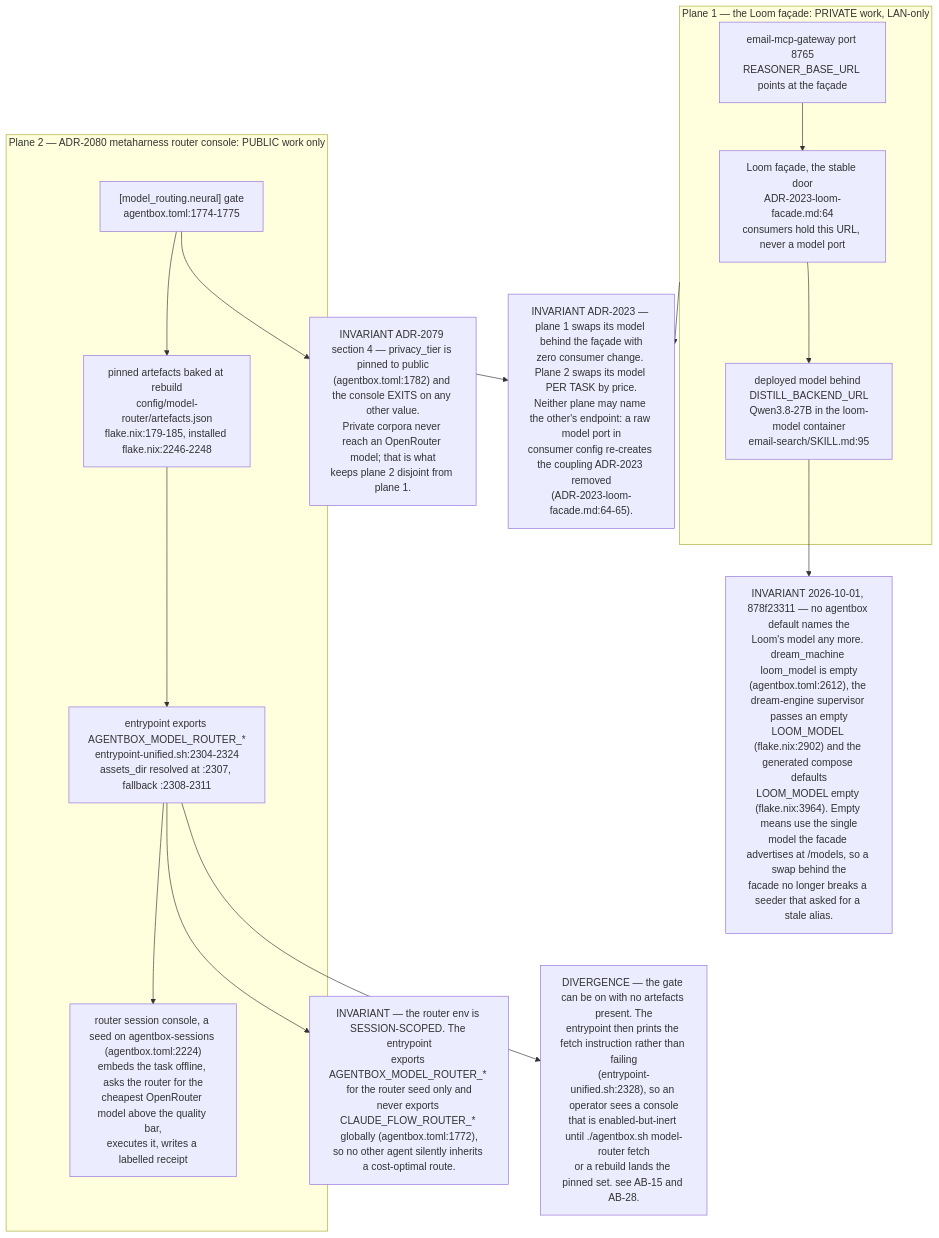
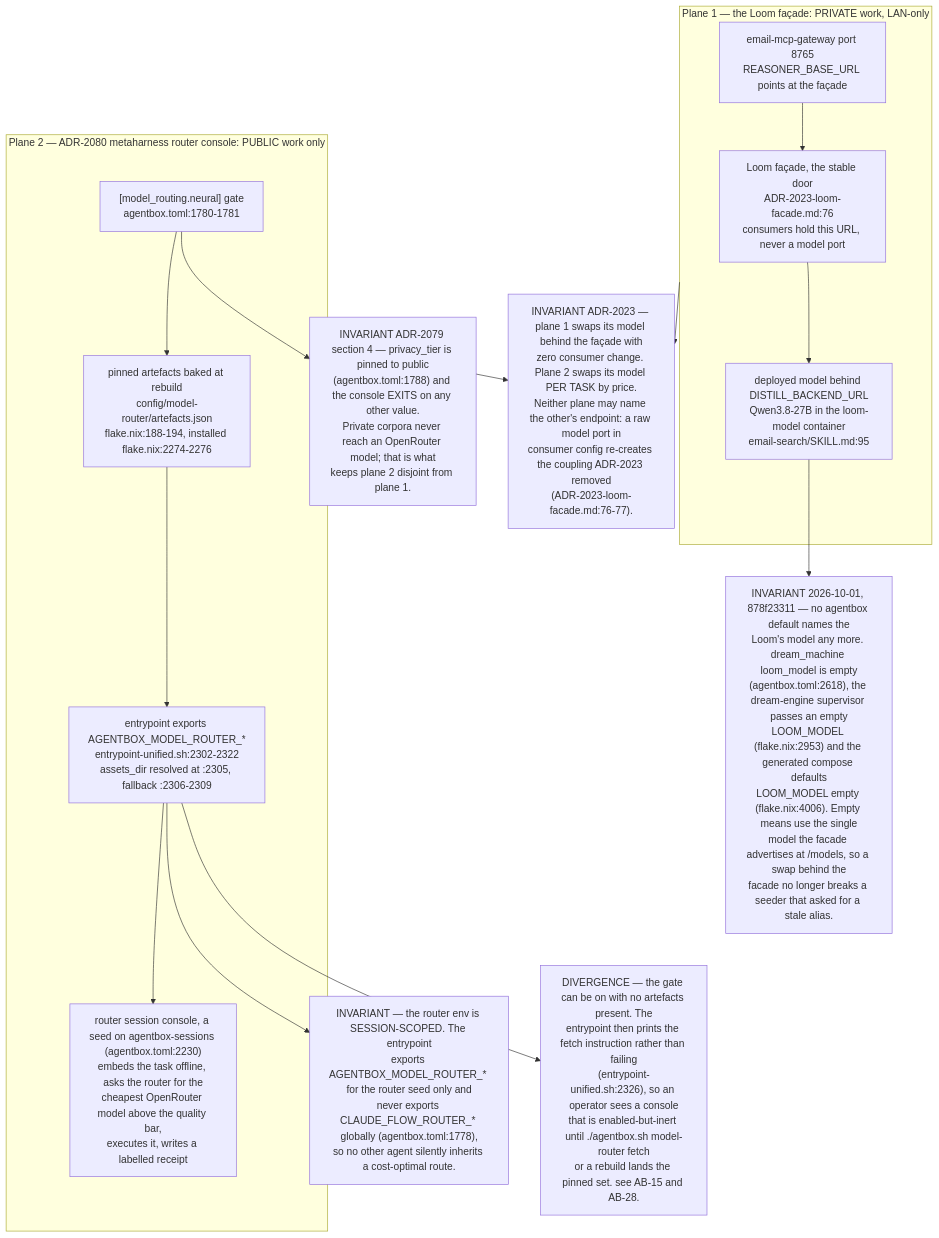
One commit to DreamLab-AI/VisionFlow changed the tenth of 11 diagrams in docs/diagrams/estate/06-loom-and-email-privacy-path.md. Above: the diagram before and after it, drawn with Mermaid. The commit also changed other lines of this file and 154 other files, not shown here.

First line of the commit message:
docs(diagrams): re-stamp 154 topics whose every citation still reads the same text at the current heads

````diff
--- a/docs/diagrams/estate/06-loom-and-email-privacy-path.md
+++ b/docs/diagrams/estate/06-loom-and-email-privacy-path.md
@@ -356,31 +356,31 @@
 ```mermaid
 flowchart TB
     subgraph PRIV["Plane 1 — the Loom façade: PRIVATE work, LAN-only"]
-        FAC["Loom façade, the stable door<br/>ADR-2023-loom-facade.md:64<br/>consumers hold this URL, never a model port"]
+        FAC["Loom façade, the stable door<br/>ADR-2023-loom-facade.md:76<br/>consumers hold this URL, never a model port"]
         MDL["deployed model behind DISTILL_BACKEND_URL<br/>Qwen3.8-27B in the loom-model container<br/>email-search/SKILL.md:95"]
         MAIL["email-mcp-gateway port 8765<br/>REASONER_BASE_URL points at the façade"]
         FAC --> MDL
         MAIL --> FAC
     end
 
     subgraph PUB["Plane 2 — ADR-2080 metaharness router console: PUBLIC work only"]
-        GATE["[model_routing.neural] gate<br/>agentbox.toml:1774-1775"]
-        ART["pinned artefacts baked at rebuild<br/>config/model-router/artefacts.json<br/>flake.nix:179-185, installed flake.nix:2246-2248"]
-        ENV["entrypoint exports AGENTBOX_MODEL_ROUTER_*<br/>entrypoint-unified.sh:2304-2324<br/>assets_dir resolved at :2307, fallback :2308-2311"]
-        CON["router session console, a seed on agentbox-sessions (agentbox.toml:2224)<br/>embeds the task offline, asks the router for the<br/>cheapest OpenRouter model above the quality bar,<br/>executes it, writes a labelled receipt"]
+        GATE["[model_routing.neural] gate<br/>agentbox.toml:1780-1781"]
+        ART["pinned artefacts baked at rebuild<br/>config/model-router/artefacts.json<br/>flake.nix:188-194, installed flake.nix:2274-2276"]
+        ENV["entrypoint exports AGENTBOX_MODEL_ROUTER_*<br/>entrypoint-unified.sh:2302-2322<br/>assets_dir resolved at :2305, fallback :2306-2309"]
+        CON["router session console, a seed on agentbox-sessions (agentbox.toml:2230)<br/>embeds the task offline, asks the router for the<br/>cheapest OpenRouter model above the quality bar,<br/>executes it, writes a labelled receipt"]
         GATE --> ART --> ENV --> CON
     end
 
-    INV1["INVARIANT ADR-2079 section 4 — privacy_tier is pinned to public<br/>(agentbox.toml:1782) and the console EXITS on any other value.<br/>Private corpora never reach an OpenRouter model; that is what<br/>keeps plane 2 disjoint from plane 1."]
-    INV2["INVARIANT — the router env is SESSION-SCOPED. The entrypoint<br/>exports AGENTBOX_MODEL_ROUTER_* for the router seed only and<br/>never exports CLAUDE_FLOW_ROUTER_* globally (agentbox.toml:1772),<br/>so no other agent silently inherits a cost-optimal route."]
-    INV3["INVARIANT ADR-2023 — plane 1 swaps its model behind the façade with<br/>zero consumer change. Plane 2 swaps its model PER TASK by price.<br/>Neither plane may name the other's endpoint: a raw model port in<br/>consumer config re-creates the coupling ADR-2023 removed<br/>(ADR-2023-loom-facade.md:64-65)."]
-    DEG["DIVERGENCE — the gate can be on with no artefacts present. The<br/>entrypoint then prints the fetch instruction rather than failing<br/>(entrypoint-unified.sh:2328), so an operator sees a console<br/>that is enabled-but-inert until ./agentbox.sh model-router fetch<br/>or a rebuild lands the pinned set. see AB-15 and AB-28."]
+    INV1["INVARIANT ADR-2079 section 4 — privacy_tier is pinned to public<br/>(agentbox.toml:1788) and the console EXITS on any other value.<br/>Private corpora never reach an OpenRouter model; that is what<br/>keeps plane 2 disjoint from plane 1."]
+    INV2["INVARIANT — the router env is SESSION-SCOPED. The entrypoint<br/>exports AGENTBOX_MODEL_ROUTER_* for the router seed only and<br/>never exports CLAUDE_FLOW_ROUTER_* globally (agentbox.toml:1778),<br/>so no other agent silently inherits a cost-optimal route."]
+    INV3["INVARIANT ADR-2023 — plane 1 swaps its model behind the façade with<br/>zero consumer change. Plane 2 swaps its model PER TASK by price.<br/>Neither plane may name the other's endpoint: a raw model port in<br/>consumer config re-creates the coupling ADR-2023 removed<br/>(ADR-2023-loom-facade.md:76-77)."]
+    DEG["DIVERGENCE — the gate can be on with no artefacts present. The<br/>entrypoint then prints the fetch instruction rather than failing<br/>(entrypoint-unified.sh:2326), so an operator sees a console<br/>that is enabled-but-inert until ./agentbox.sh model-router fetch<br/>or a rebuild lands the pinned set. see AB-15 and AB-28."]
 
-    NOPIN["INVARIANT 2026-10-01, 878f23311 — no agentbox default names the<br/>Loom's model any more. dream_machine loom_model is empty<br/>(agentbox.toml:2612), the dream-engine supervisor passes an empty<br/>LOOM_MODEL (flake.nix:2902) and the generated compose defaults<br/>LOOM_MODEL empty (flake.nix:3964). Empty means use the single<br/>model the facade advertises at /models, so a swap behind the<br/>facade no longer breaks a seeder that asked for a stale alias."]
+    NOPIN["INVARIANT 2026-10-01, 878f23311 — no agentbox default names the<br/>Loom's model any more. dream_machine loom_model is empty<br/>(agentbox.toml:2618), the dream-engine supervisor passes an empty<br/>LOOM_MODEL (flake.nix:2953) and the generated compose defaults<br/>LOOM_MODEL empty (flake.nix:4006). Empty means use the single<br/>model the facade advertises at /models, so a swap behind the<br/>facade no longer breaks a seeder that asked for a stale alias."]
     MDL --> NOPIN
     PRIV --> INV3
     PUB --> INV3
     GATE --> INV1
     ENV --> INV2
     ENV --> DEG
 ```
````
